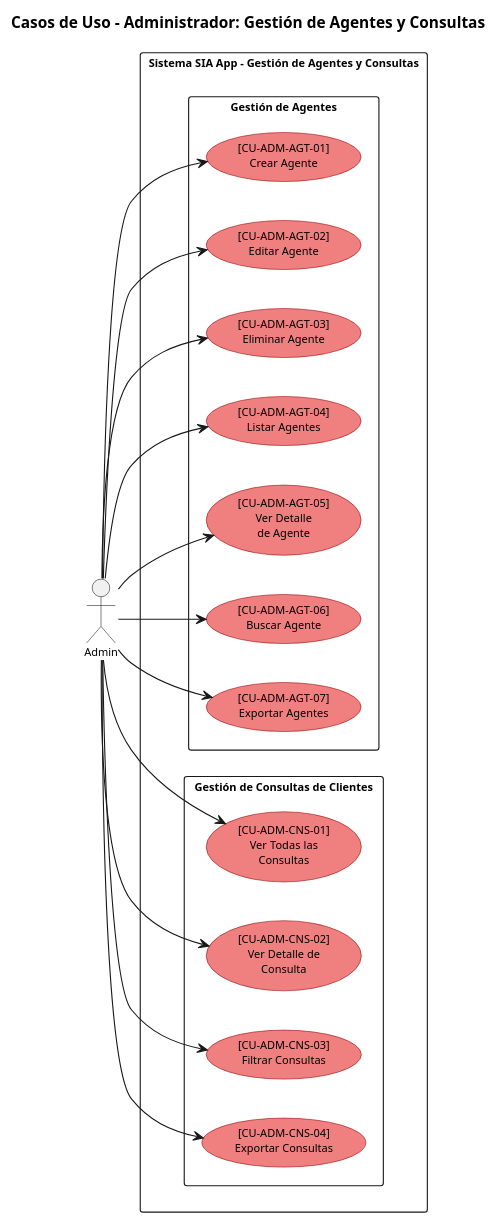
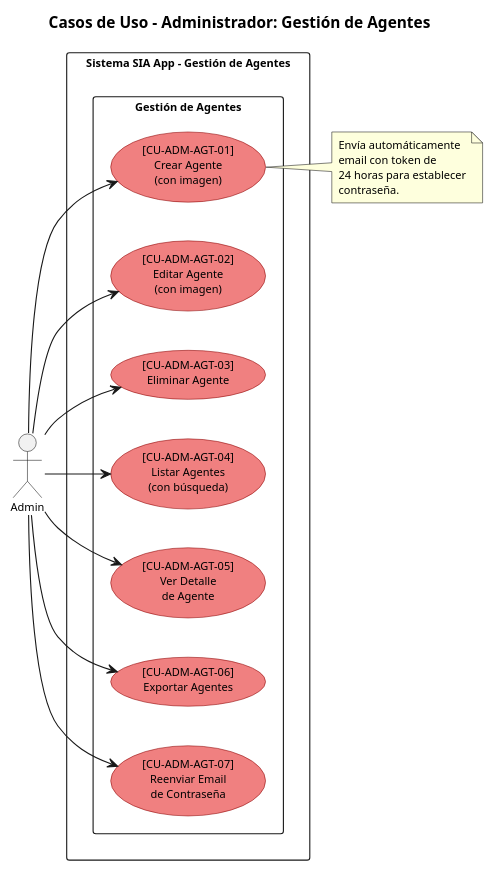
The fifth of 8 diagrams in documentation/CASOS_USO.puml (j4ntill3/sia_app), drawn with PlantUML before and after one commit. The commit also changed other lines of this file and 24 other files, not shown here.

```diff
--- a/documentation/CASOS_USO.puml
+++ b/documentation/CASOS_USO.puml
@@ -183,53 +176,49 @@
 @startuml CASOS_USO_ADMIN_AGENTES
 
 skinparam usecase {
   BackgroundColor LightCoral
   BorderColor DarkRed
   FontSize 10
 }
 
 skinparam actor {
   FontSize 11
 }
 
 skinparam packageStyle rectangle
 skinparam defaultFontSize 10
 left to right direction
 
-title Casos de Uso - Administrador: Gestión de Agentes y Consultas
+title Casos de Uso - Administrador: Gestión de Agentes
 
 actor "Admin" as Admin
 
-rectangle "Sistema SIA App - Gestión de Agentes y Consultas" {
+rectangle "Sistema SIA App - Gestión de Agentes" {
 
   package "Gestión de Agentes" {
-    usecase "[CU-ADM-AGT-01]\nCrear Agente" as UC_CreateAgent
-    usecase "[CU-ADM-AGT-02]\nEditar Agente" as UC_UpdateAgent
+    usecase "[CU-ADM-AGT-01]\nCrear Agente\n(con imagen)" as UC_CreateAgent
+    usecase "[CU-ADM-AGT-02]\nEditar Agente\n(con imagen)" as UC_UpdateAgent
     usecase "[CU-ADM-AGT-03]\nEliminar Agente" as UC_DeleteAgent
-    usecase "[CU-ADM-AGT-04]\nListar Agentes" as UC_ListAgents
+    usecase "[CU-ADM-AGT-04]\nListar Agentes\n(con búsqueda)" as UC_ListAgents
     usecase "[CU-ADM-AGT-05]\nVer Detalle\nde Agente" as UC_ViewAgent
-    usecase "[CU-ADM-AGT-06]\nBuscar Agente" as UC_SearchAgents
-    usecase "[CU-ADM-AGT-07]\nExportar Agentes" as UC_ExportAgents
-  }
-
-  package "Gestión de Consultas de Clientes" {
-    usecase "[CU-ADM-CNS-01]\nVer Todas las\nConsultas" as UC_ViewAllInquiries
-    usecase "[CU-ADM-CNS-02]\nVer Detalle de\nConsulta" as UC_ViewInquiryDetail
-    usecase "[CU-ADM-CNS-03]\nFiltrar Consultas" as UC_FilterInquiries
-    usecase "[CU-ADM-CNS-04]\nExportar Consultas" as UC_ExportInquiries
+    usecase "[CU-ADM-AGT-06]\nExportar Agentes" as UC_ExportAgents
+    usecase "[CU-ADM-AGT-07]\nReenviar Email\nde Contraseña" as UC_ResendEmail
   }
 }
 
 Admin --> UC_CreateAgent
 Admin --> UC_UpdateAgent
 Admin --> UC_DeleteAgent
 Admin --> UC_ListAgents
 Admin --> UC_ViewAgent
-Admin --> UC_SearchAgents
 Admin --> UC_ExportAgents
-Admin --> UC_ViewAllInquiries
-Admin --> UC_ViewInquiryDetail
-Admin --> UC_FilterInquiries
-Admin --> UC_ExportInquiries
+Admin --> UC_ResendEmail
+
+note right of UC_CreateAgent
+  Envía automáticamente
+  email con token de
+  24 horas para establecer
+  contraseña.
+end note
 
 @enduml
```
